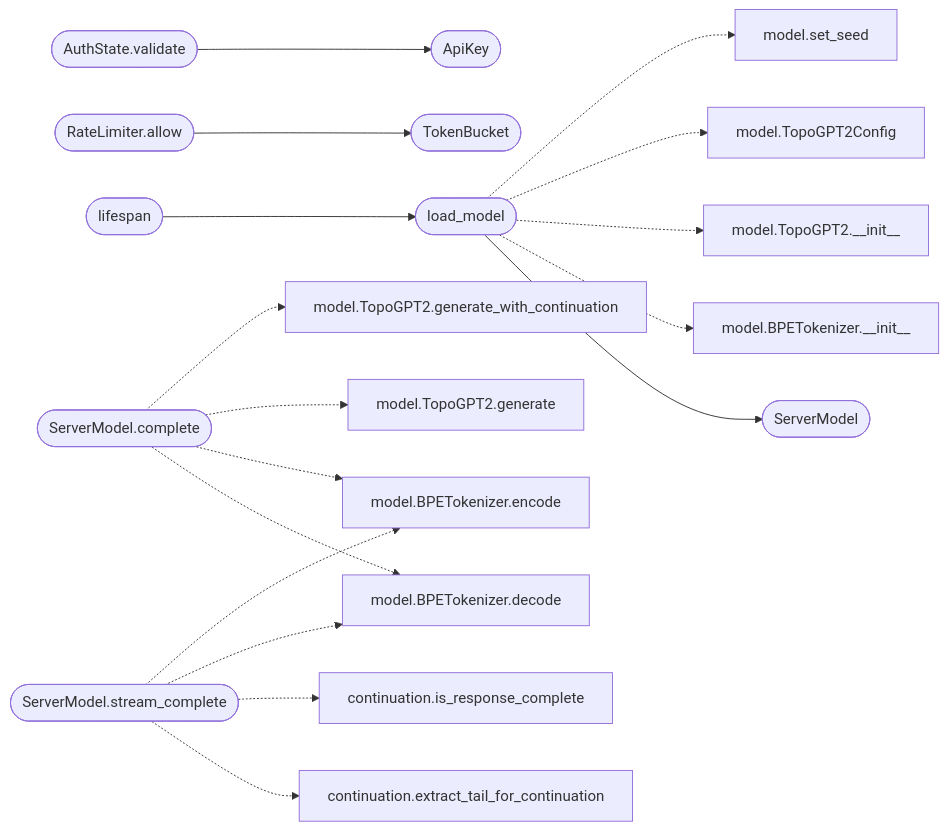
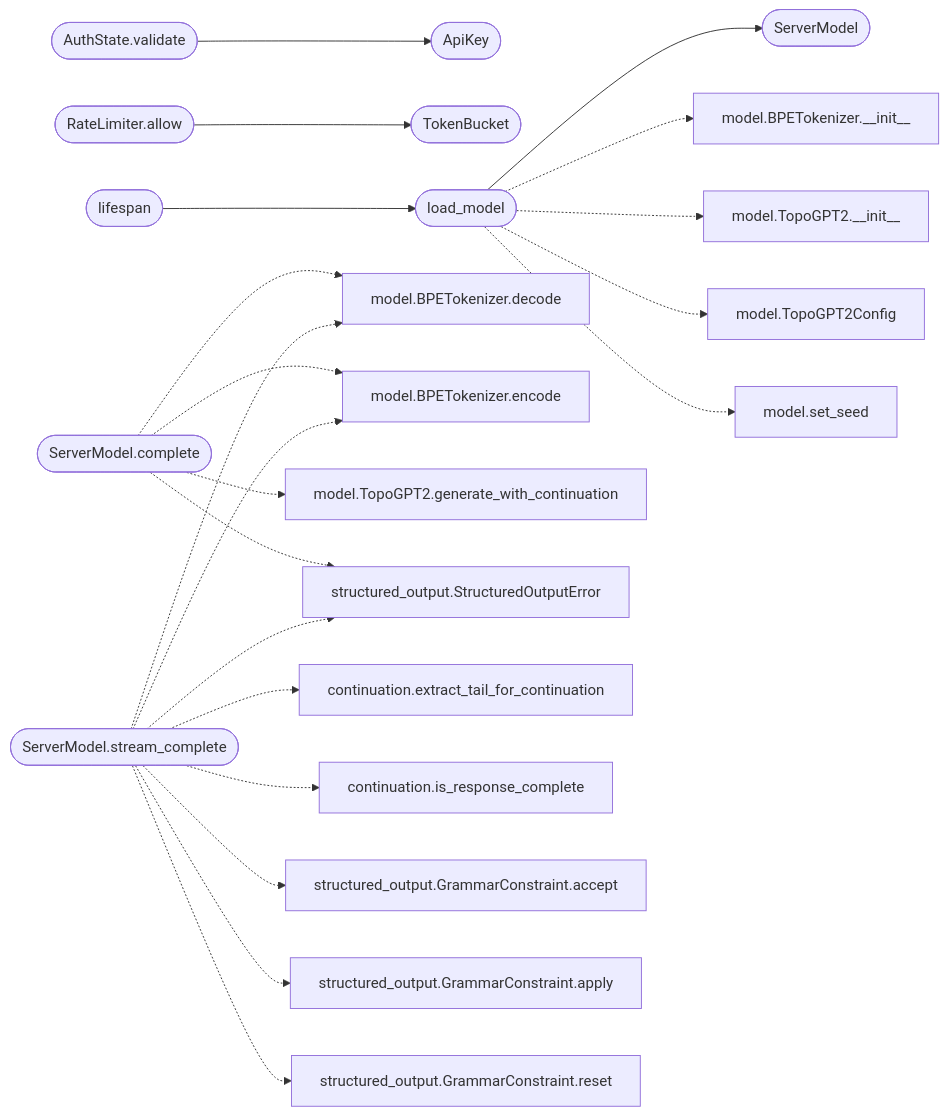
Before and after one commit to grisuno/TopoGPT3: the second of 2 diagrams in readmenator-apidocs/modules/topogpt3.api_server.py.md, drawn with Mermaid. The commit also changed other lines of this file and 101 other files, not shown here.

````diff
--- a/readmenator-apidocs/modules/topogpt3.api_server.py.md
+++ b/readmenator-apidocs/modules/topogpt3.api_server.py.md
@@ -129,38 +135,45 @@
 ```mermaid
 flowchart LR
     n_topogpt3_api_server_py__AuthState_validate(["AuthState.validate"])
     n_topogpt3_api_server_py__ApiKey(["ApiKey"])
     n_topogpt3_api_server_py__RateLimiter_allow(["RateLimiter.allow"])
     n_topogpt3_api_server_py__TokenBucket(["TokenBucket"])
     n_topogpt3_api_server_py__load_model(["load_model"])
     n_topogpt3_api_server_py__ServerModel(["ServerModel"])
     n_topogpt3_api_server_py__lifespan(["lifespan"])
     n_topogpt3_api_server_py__ServerModel_complete(["ServerModel.complete"])
     n_topogpt3_model_py__BPETokenizer_decode["model.BPETokenizer.decode"]
     n_topogpt3_model_py__BPETokenizer_encode["model.BPETokenizer.encode"]
-    n_topogpt3_model_py__TopoGPT2_generate["model.TopoGPT2.generate"]
     n_topogpt3_model_py__TopoGPT2_generate_with_continuation["model.TopoGPT2.generate_with_continuation"]
+    n_topogpt3_structured_output_py__StructuredOutputError["structured_output.StructuredOutputError"]
     n_topogpt3_api_server_py__ServerModel_stream_complete(["ServerModel.stream_complete"])
     n_topogpt3_continuation_py__extract_tail_for_continuation["continuation.extract_tail_for_continuation"]
     n_topogpt3_continuation_py__is_response_complete["continuation.is_response_complete"]
+    n_topogpt3_structured_output_py__GrammarConstraint_accept["structured_output.GrammarConstraint.accept"]
+    n_topogpt3_structured_output_py__GrammarConstraint_apply["structured_output.GrammarConstraint.apply"]
+    n_topogpt3_structured_output_py__GrammarConstraint_reset["structured_output.GrammarConstraint.reset"]
     n_topogpt3_model_py__BPETokenizer___init__["model.BPETokenizer.__init__"]
     n_topogpt3_model_py__TopoGPT2___init__["model.TopoGPT2.__init__"]
     n_topogpt3_model_py__TopoGPT2Config["model.TopoGPT2Config"]
     n_topogpt3_model_py__set_seed["model.set_seed"]
     n_topogpt3_api_server_py__AuthState_validate --> n_topogpt3_api_server_py__ApiKey
     n_topogpt3_api_server_py__RateLimiter_allow --> n_topogpt3_api_server_py__TokenBucket
     n_topogpt3_api_server_py__load_model --> n_topogpt3_api_server_py__ServerModel
     n_topogpt3_api_server_py__lifespan --> n_topogpt3_api_server_py__load_model
     n_topogpt3_api_server_py__ServerModel_complete -.-> n_topogpt3_model_py__BPETokenizer_decode
     n_topogpt3_api_server_py__ServerModel_complete -.-> n_topogpt3_model_py__BPETokenizer_encode
-    n_topogpt3_api_server_py__ServerModel_complete -.-> n_topogpt3_model_py__TopoGPT2_generate
     n_topogpt3_api_server_py__ServerModel_complete -.-> n_topogpt3_model_py__TopoGPT2_generate_with_continuation
+    n_topogpt3_api_server_py__ServerModel_complete -.-> n_topogpt3_structured_output_py__StructuredOutputError
     n_topogpt3_api_server_py__ServerModel_stream_complete -.-> n_topogpt3_continuation_py__extract_tail_for_continuation
     n_topogpt3_api_server_py__ServerModel_stream_complete -.-> n_topogpt3_continuation_py__is_response_complete
     n_topogpt3_api_server_py__ServerModel_stream_complete -.-> n_topogpt3_model_py__BPETokenizer_decode
     n_topogpt3_api_server_py__ServerModel_stream_complete -.-> n_topogpt3_model_py__BPETokenizer_encode
+    n_topogpt3_api_server_py__ServerModel_stream_complete -.-> n_topogpt3_structured_output_py__GrammarConstraint_accept
+    n_topogpt3_api_server_py__ServerModel_stream_complete -.-> n_topogpt3_structured_output_py__GrammarConstraint_apply
+    n_topogpt3_api_server_py__ServerModel_stream_complete -.-> n_topogpt3_structured_output_py__GrammarConstraint_reset
+    n_topogpt3_api_server_py__ServerModel_stream_complete -.-> n_topogpt3_structured_output_py__StructuredOutputError
     n_topogpt3_api_server_py__load_model -.-> n_topogpt3_model_py__BPETokenizer___init__
     n_topogpt3_api_server_py__load_model -.-> n_topogpt3_model_py__TopoGPT2___init__
     n_topogpt3_api_server_py__load_model -.-> n_topogpt3_model_py__TopoGPT2Config
     n_topogpt3_api_server_py__load_model -.-> n_topogpt3_model_py__set_seed
 ```
````
